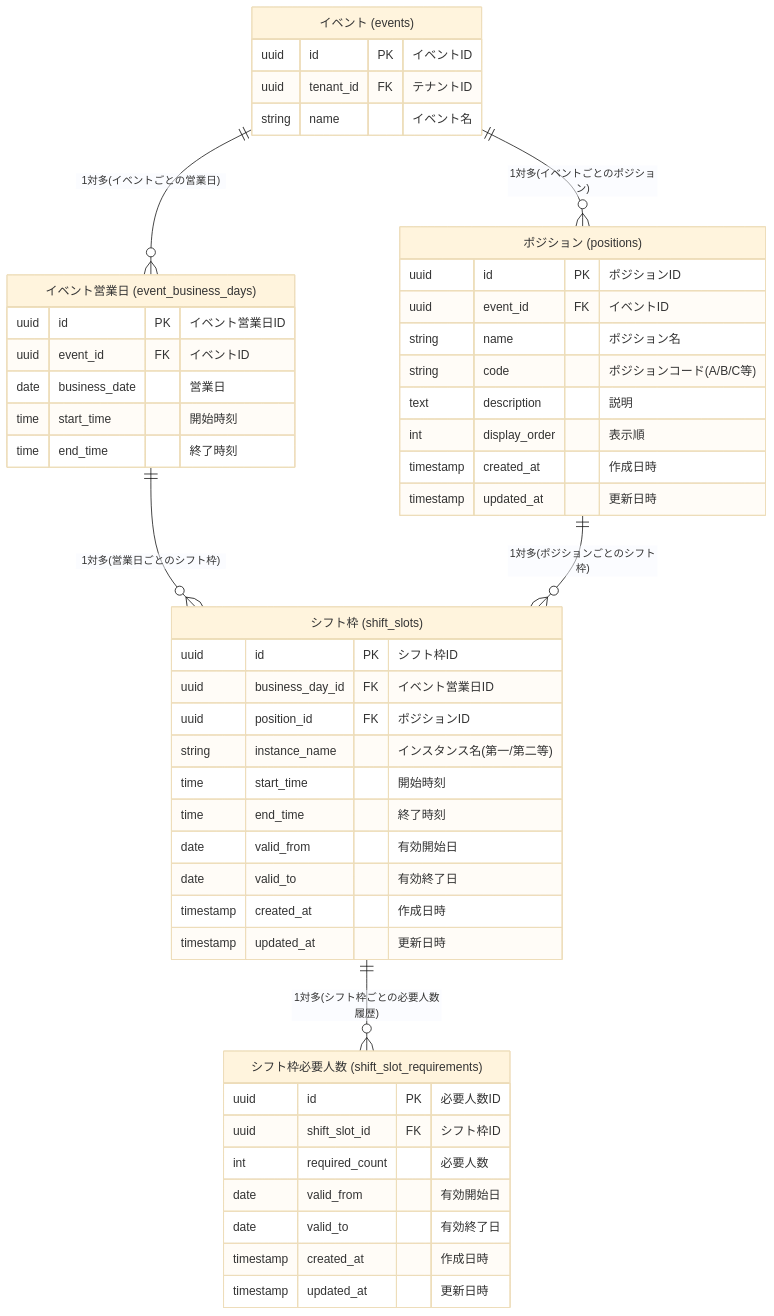
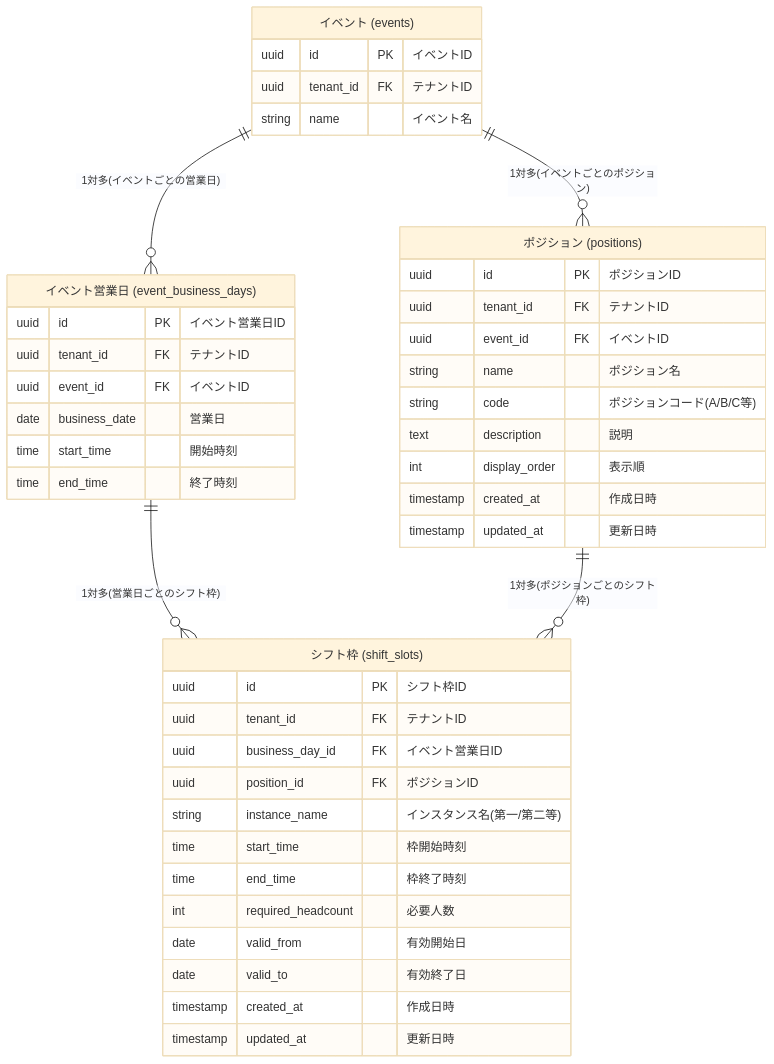
Before and after one commit to kento-matsunaga/vrc-shift-scheduler: the diagram in docs/domain/30_shift-frame-and-slot-definition/データモデル.mdc, drawn with Mermaid (base theme). The commit also changed other lines of this file and 10 other files, not shown here.

````diff
--- a/docs/domain/30_shift-frame-and-slot-definition/データモデル.mdc
+++ b/docs/domain/30_shift-frame-and-slot-definition/データモデル.mdc
@@ -102,56 +101,49 @@
 ```mermaid
 erDiagram
     イベント["イベント (events)"] {
         uuid id PK "イベントID"
         uuid tenant_id FK "テナントID"
         string name "イベント名"
     }
 
     イベント営業日["イベント営業日 (event_business_days)"] {
         uuid id PK "イベント営業日ID"
+        uuid tenant_id FK "テナントID"
         uuid event_id FK "イベントID"
         date business_date "営業日"
         time start_time "開始時刻"
         time end_time "終了時刻"
     }
 
     ポジション["ポジション (positions)"] {
         uuid id PK "ポジションID"
+        uuid tenant_id FK "テナントID"
         uuid event_id FK "イベントID"
         string name "ポジション名"
         string code "ポジションコード(A/B/C等)"
         text description "説明"
         int display_order "表示順"
         timestamp created_at "作成日時"
         timestamp updated_at "更新日時"
     }
 
     シフト枠["シフト枠 (shift_slots)"] {
         uuid id PK "シフト枠ID"
+        uuid tenant_id FK "テナントID"
         uuid business_day_id FK "イベント営業日ID"
         uuid position_id FK "ポジションID"
         string instance_name "インスタンス名(第一/第二等)"
-        time start_time "開始時刻"
-        time end_time "終了時刻"
-        date valid_from "有効開始日"
-        date valid_to "有効終了日"
-        timestamp created_at "作成日時"
-        timestamp updated_at "更新日時"
-    }
-
-    シフト枠必要人数["シフト枠必要人数 (shift_slot_requirements)"] {
-        uuid id PK "必要人数ID"
-        uuid shift_slot_id FK "シフト枠ID"
-        int required_count "必要人数"
+        time start_time "枠開始時刻"
+        time end_time "枠終了時刻"
+        int required_headcount "必要人数"
         date valid_from "有効開始日"
         date valid_to "有効終了日"
         timestamp created_at "作成日時"
         timestamp updated_at "更新日時"
     }
 
     イベント ||--o{ ポジション : "1対多(イベントごとのポジション)"
     イベント ||--o{ イベント営業日 : "1対多(イベントごとの営業日)"
     イベント営業日 ||--o{ シフト枠 : "1対多(営業日ごとのシフト枠)"
     ポジション ||--o{ シフト枠 : "1対多(ポジションごとのシフト枠)"
-    シフト枠 ||--o{ シフト枠必要人数 : "1対多(シフト枠ごとの必要人数履歴)"
 ```
````
